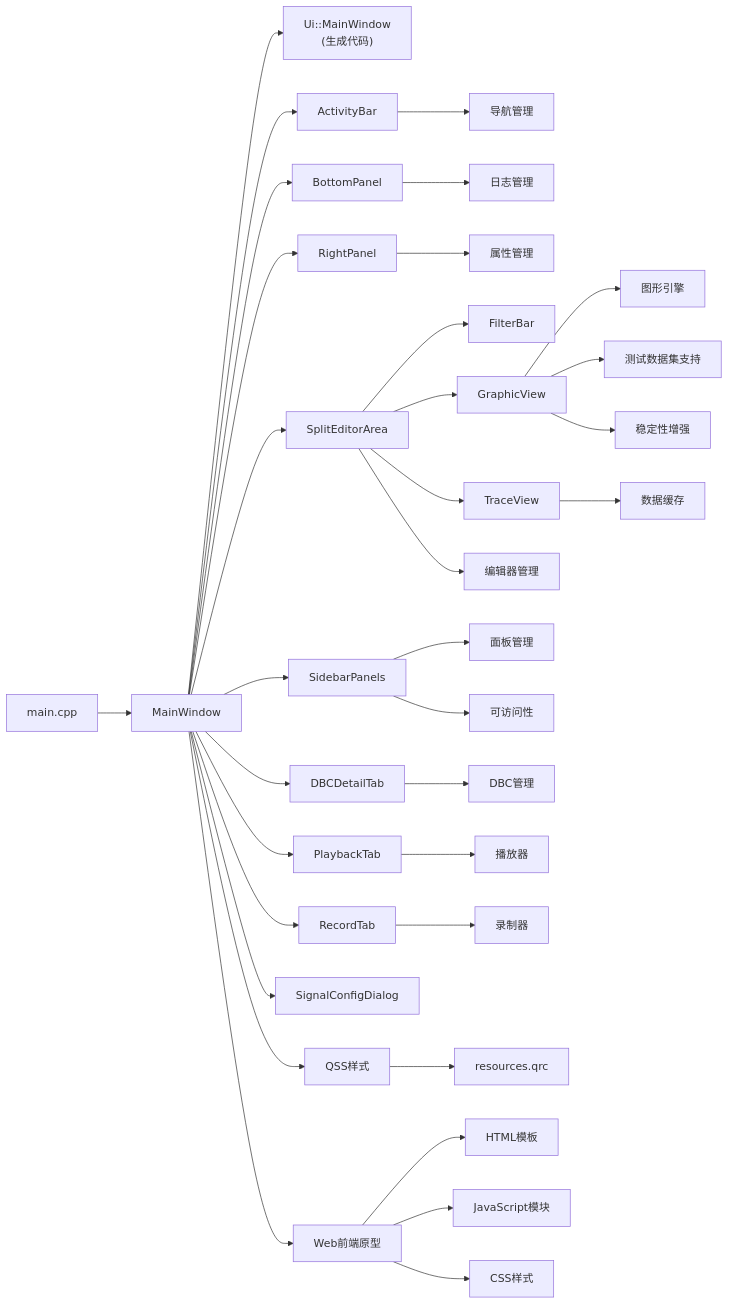
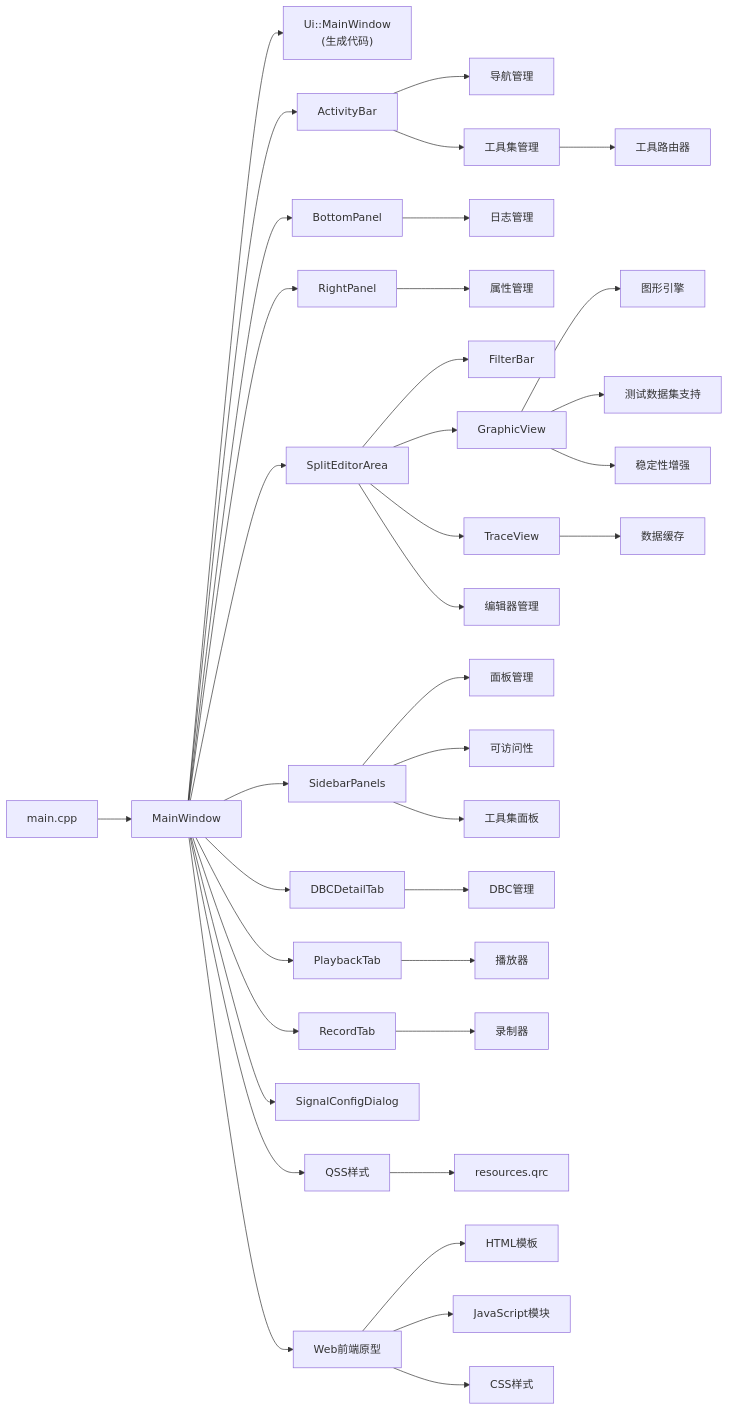
One commit to jakecai1225-design/OpenBus changed diagram 18 of 18 in .qoder/repowiki/zh/content/架构设计/UI系统设计/UI系统设计.md. Above: the diagram before and after it, drawn with Mermaid. The commit also changed other lines of this file and 38 other files, not shown here.

````diff
--- a/.qoder/repowiki/zh/content/架构设计/UI系统设计/UI系统设计.md
+++ b/.qoder/repowiki/zh/content/架构设计/UI系统设计/UI系统设计.md
@@ -994,36 +1158,39 @@
 ```mermaid
 graph LR
 Main["main.cpp"] --> MW["MainWindow"]
 MW --> UI["Ui::MainWindow<br/>(生成代码)"]
 MW --> AB["ActivityBar"]
 MW --> BP["BottomPanel"]
 MW --> RP["RightPanel"]
 MW --> SEA["SplitEditorArea"]
 MW --> SBP["SidebarPanels"]
 MW --> DBCT["DBCDetailTab"]
 MW --> PB["PlaybackTab"]
 MW --> RT["RecordTab"]
 SEA --> FB["FilterBar"]
 SEA --> GV["GraphicView"]
 SEA --> TV["TraceView"]
 MW --> SCD["SignalConfigDialog"]
 MW --> QSS["QSS样式"]
 QSS --> QRC["resources.qrc"]
 AB --> Navigation["导航管理"]
 BP --> Logging["日志管理"]
 RP --> Properties["属性管理"]
 SEA --> Editors["编辑器管理"]
 SBP --> Panels["面板管理"]
 DBCT --> DBC["DBC管理"]
 PB --> Player["播放器"]
 RT --> Recorder["录制器"]
 MW --> Web["Web前端原型"]
 Web --> HTML["HTML模板"]
 Web --> JS["JavaScript模块"]
 Web --> CSS["CSS样式"]
 GV --> Graphics["图形引擎"]
 GV --> TestData["测试数据集支持"]
 TV --> DataCache["数据缓存"]
 SBP --> Accessibility["可访问性"]
 GV --> Stability["稳定性增强"]
+AB --> Tools["工具集管理"]
+SBP --> ToolsPanel["工具集面板"]
+Tools --> ToolRouter["工具路由器"]
 ```
````
